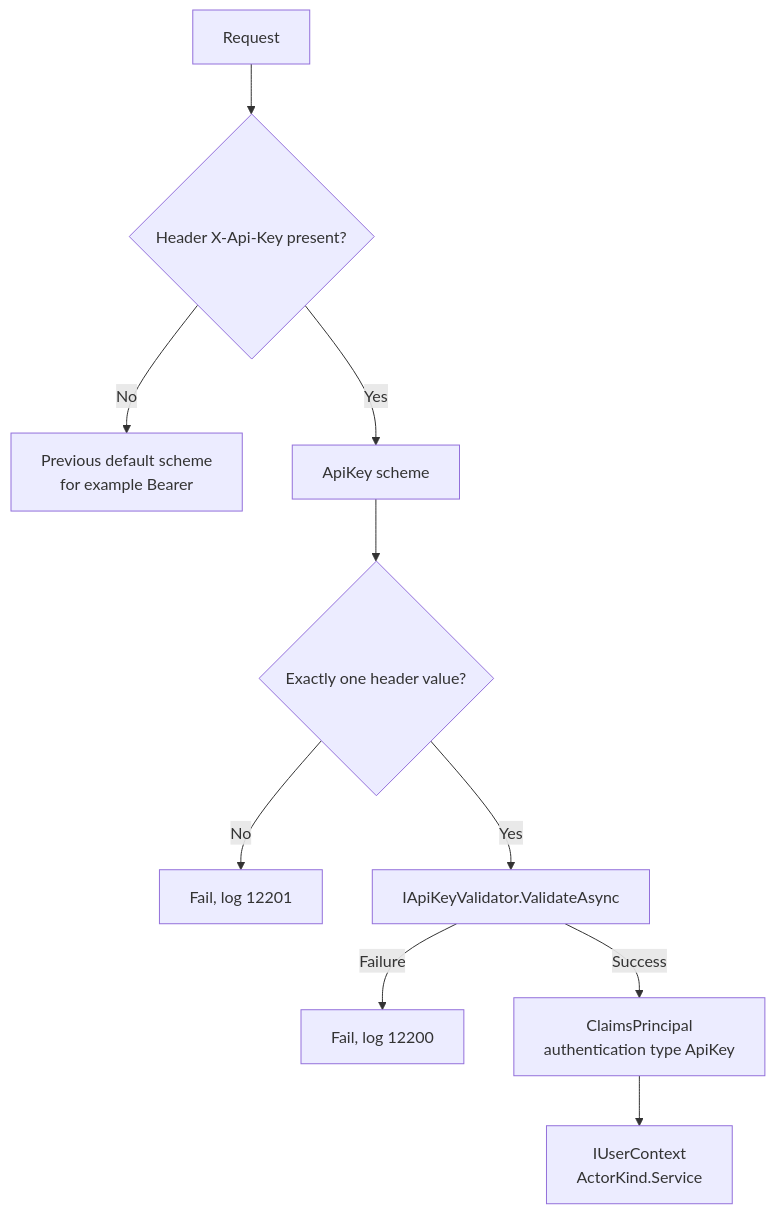
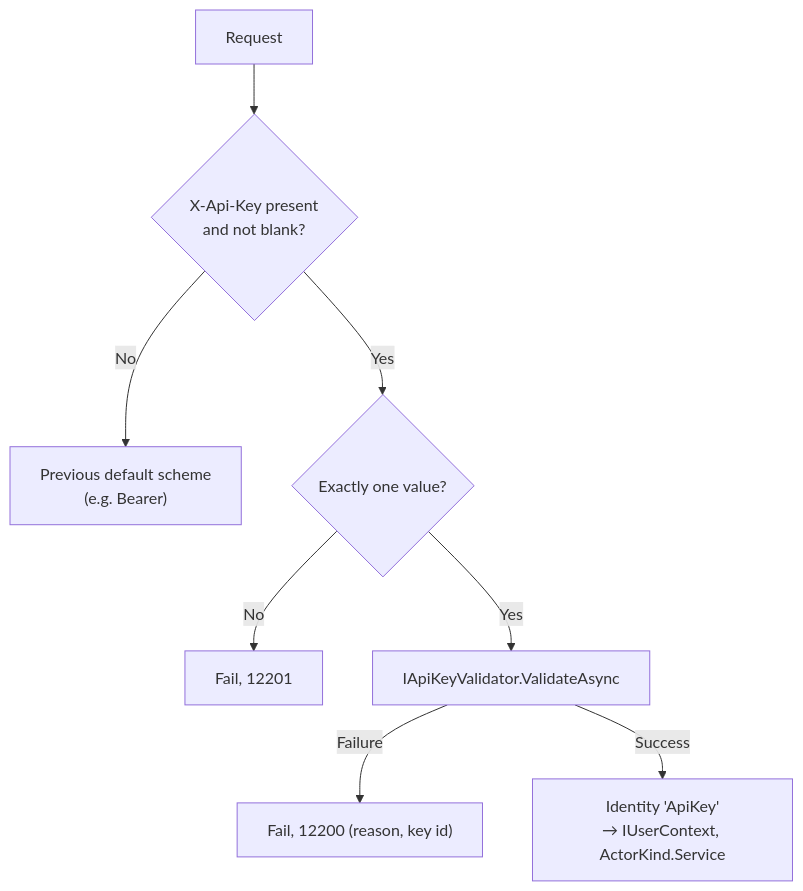
The diagram in 12.Security/SharedKernel.Security.ApiKey/README.md (Gresta-Vertex-Labs/platform-shared-kernel), drawn with Mermaid before and after one commit. The commit also changed other lines of this file and 639 other files, not shown here.

````diff
--- a/12.Security/SharedKernel.Security.ApiKey/README.md
+++ b/12.Security/SharedKernel.Security.ApiKey/README.md
@@ -177,12 +108,10 @@
 ```mermaid
 flowchart TD
-    R["Request"] --> F{"Header X-Api-Key present?"}
-    F -->|No| D["Previous default scheme<br/>for example Bearer"]
-    F -->|Yes| H["ApiKey scheme"]
-    H --> C{"Exactly one header value?"}
-    C -->|No| X["Fail, log 12201"]
+    R["Request"] --> F{"X-Api-Key present<br/>and not blank?"}
+    F -->|No| D["Previous default scheme<br/>(e.g. Bearer)"]
+    F -->|Yes| C{"Exactly one value?"}
+    C -->|No| X["Fail, 12201"]
     C -->|Yes| V["IApiKeyValidator.ValidateAsync"]
-    V -->|Failure| Y["Fail, log 12200"]
-    V -->|Success| S["ClaimsPrincipal<br/>authentication type ApiKey"]
-    S --> U["IUserContext<br/>ActorKind.Service"]
+    V -->|Failure| Y["Fail, 12200 (reason, key id)"]
+    V -->|Success| S["Identity 'ApiKey'<br/>→ IUserContext, ActorKind.Service"]
 ```
````
